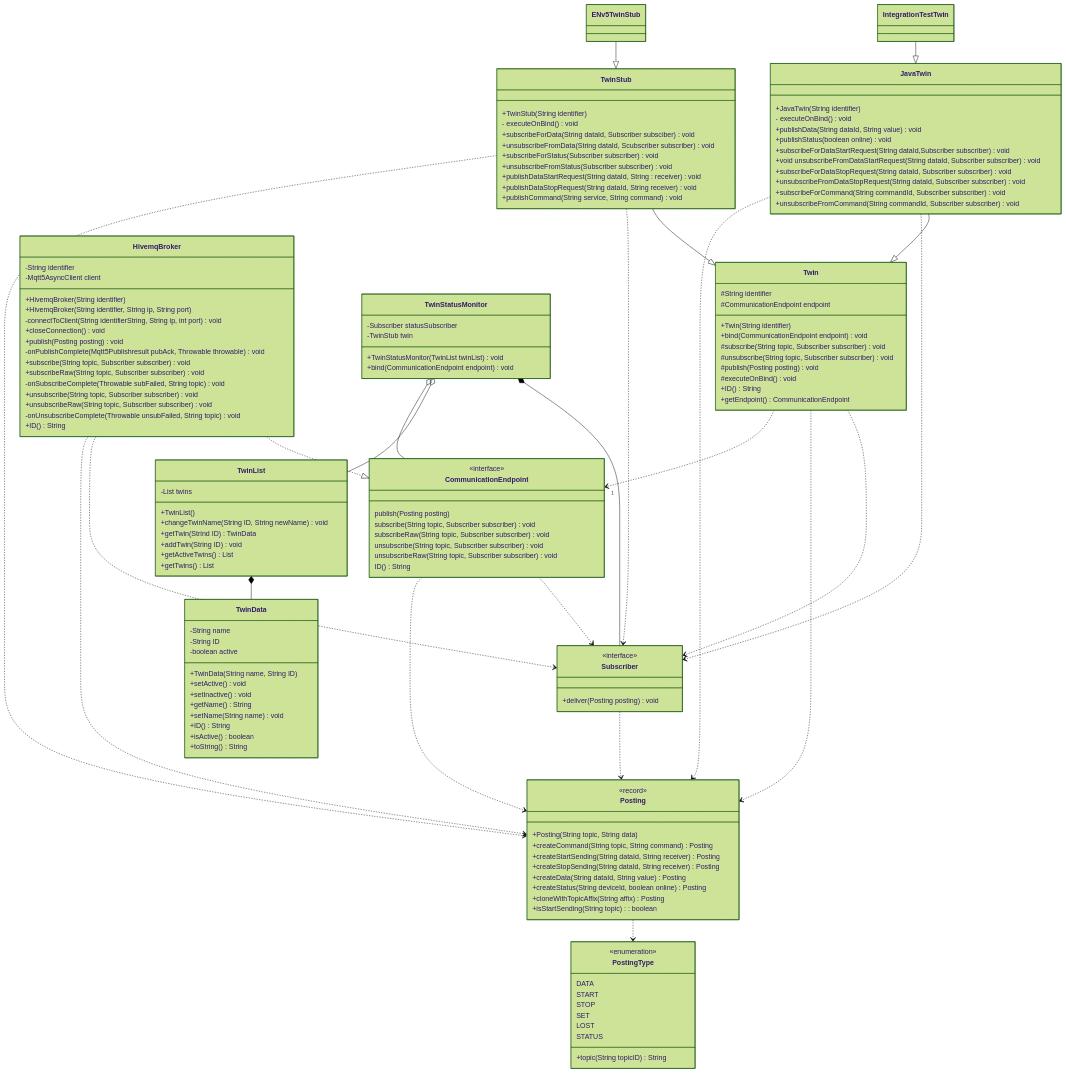
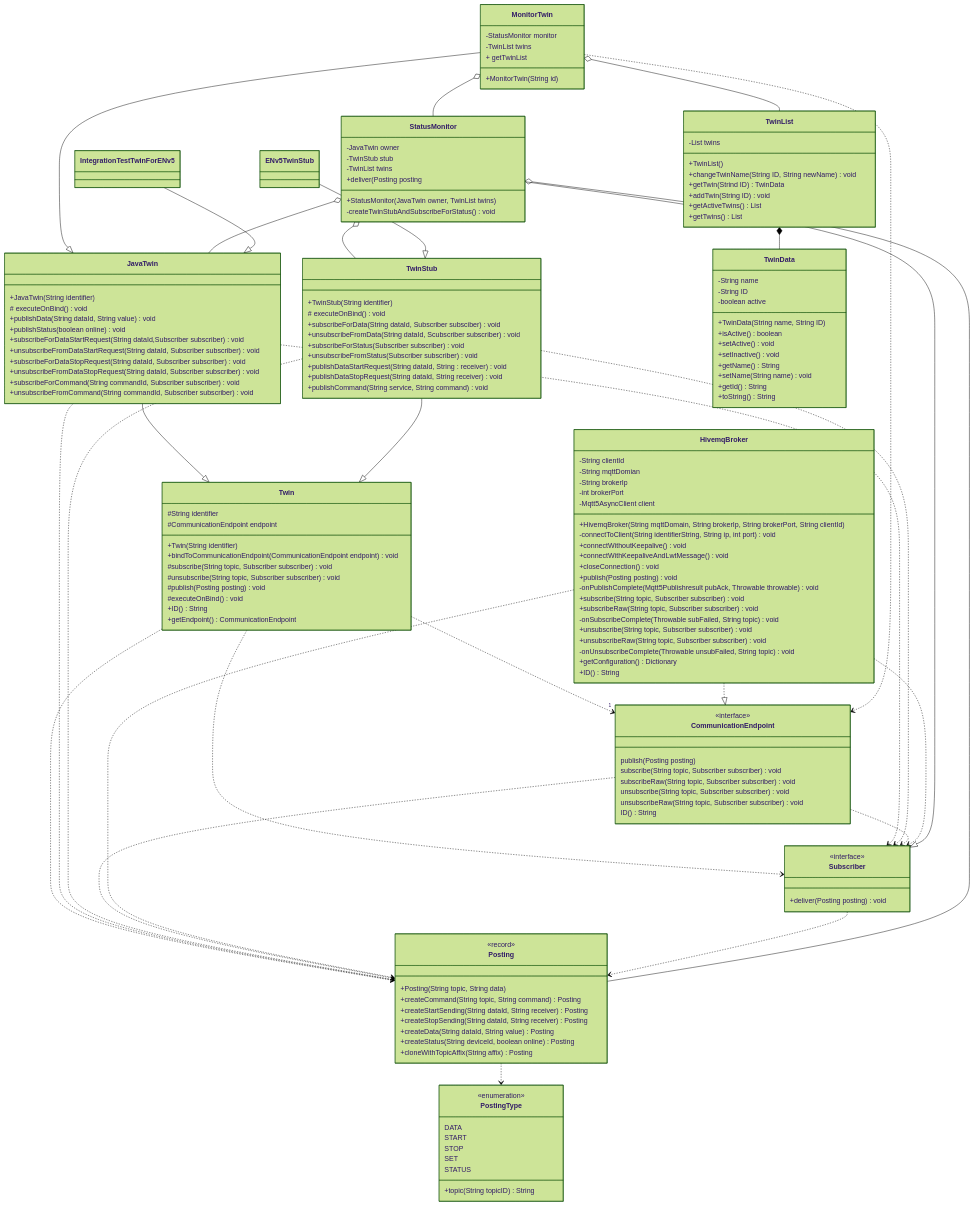
The diagram in CONTRIBUTING.md (es-ude/elastic-ai.runtime.cloud), drawn with Mermaid before and after one commit. The commit also changed other lines of this file and 48 other files, not shown here.

````diff
--- a/CONTRIBUTING.md
+++ b/CONTRIBUTING.md
@@ -13,7 +26,7 @@
 
     +Twin(String identifier)
 
-    +bind(CommunicationEndpoint endpoint) void
+    +bindToCommunicationEndpoint(CommunicationEndpoint endpoint) void
     #subscribe(String topic, Subscriber subscriber) void
     #unsubscribe(String topic, Subscriber subscriber) void
     #publish(Posting posting) void
@@ -28,11 +41,11 @@
   class JavaTwin {
     +JavaTwin(String identifier)
 
-    - executeOnBind() void
+    # executeOnBind() void
     +publishData(String dataId, String value) void
     +publishStatus(boolean online) void
     +subscribeForDataStartRequest(String dataId,Subscriber subscriber) void
-    +void unsubscribeFromDataStartRequest(String dataId, Subscriber subscriber) void
+    +unsubscribeFromDataStartRequest(String dataId, Subscriber subscriber) void
     +subscribeForDataStopRequest(String dataId, Subscriber subscriber) void
     +unsubscribeFromDataStopRequest(String dataId, Subscriber subscriber) void
     +subscribeForCommand(String commandId, Subscriber subscriber) void
@@ -45,7 +58,7 @@
   class TwinStub {
     +TwinStub(String identifier)
 
-    - executeOnBind() void
+    # executeOnBind() void
     +subscribeForData(String dataId, Subscriber subsciber) void
     +unsubscribeFromData(String dataId, Scubscriber subscriber) void
     +subscribeForStatus(Subscriber subscriber) void
@@ -71,13 +84,17 @@
   CommunicationEndpoint ..> Posting
 
   class HivemqBroker {
-    -String identifier
+    -String clientId
+    -String mqttDomian
+    -String brokerIp
+    -int brokerPort
     -Mqtt5AsyncClient client
 
-    +HivemqBroker(String identifier)
-    +HivemqBroker(String identifier, String ip, String port)
+    +HivemqBroker(String mqttDomain, String brokerIp, String brokerPort, String clientId)
 
     -connectToClient(String identifierString, String ip, int port) void
+    +connectWithoutKeepalive() void
+    +connectWithKeepaliveAndLwtMessage() void
     +closeConnection() void
     +publish(Posting posting) void
     -onPublishComplete(Mqtt5Publishresult pubAck, Throwable throwable) void
@@ -87,6 +104,7 @@
     +unsubscribe(String topic, Subscriber subscriber) void
     +unsubscribeRaw(String topic, Subscriber subscriber) void
     -onUnsubscribeComplete(Throwable unsubFailed, String topic) void
+    +getConfiguration() Dictionary<String, String>
     +ID() String
   }
   HivemqBroker ..|> CommunicationEndpoint
@@ -99,7 +117,6 @@
     START
     STOP
     SET
-    LOST
     STATUS
 
     +topic(String topicID) String
@@ -115,7 +132,6 @@
     +createData(String dataId, String value) Posting
     +createStatus(String deviceId, boolean online) Posting
     +cloneWithTopicAffix(String affix) Posting
-    +isStartSending(String topic) : boolean
   }
   Posting ..> PostingType
 
@@ -132,12 +148,12 @@
 
     +TwinData(String name, String ID)
 
+    +isActive() boolean
     +setActive() void
     +setInactive() void
     +getName() String
     +setName(String name) void
-    +ID() String
-    +isActive() boolean
+    +getId() String
     +toString() String
   }
 
@@ -154,18 +170,35 @@
   }
   TwinList *-- TwinData
 
-  class TwinStatusMonitor {
-    -Subscriber statusSubscriber
-    -TwinStub twin
+  class MonitorTwin {
+    -StatusMonitor monitor
+    -TwinList twins
 
-    +TwinStatusMonitor(TwinList twinList) void
+    +MonitorTwin(String id)
 
-    +bind(CommunicationEndpoint endpoint) void
+    + getTwinList
+
   }
-  TwinStatusMonitor *-- Subscriber
-  TwinStatusMonitor o-- TwinList
-  TwinStatusMonitor o-- CommunicationEndpoint
+  MonitorTwin --|> JavaTwin
+  MonitorTwin o-- TwinList
+  MonitorTwin o-- StatusMonitor
+  MonitorTwin ..> CommunicationEndpoint
+
+  class StatusMonitor {
+    -JavaTwin owner
+    -TwinStub stub
+    -TwinList twins
+
+    +StatusMonitor(JavaTwin owner, TwinList twins)
+
+    -createTwinStubAndSubscribeForStatus() void
+    +deliver(Posting posting
+  }
+  StatusMonitor --|> Subscriber
+  StatusMonitor o-- Posting
+  StatusMonitor o-- JavaTwin
+  StatusMonitor o-- TwinStub
 
   ENv5TwinStub --|> TwinStub
-  IntegrationTestTwin --|> JavaTwin
+  IntegrationTestTwinForENv5 --|> JavaTwin
 ```
````
